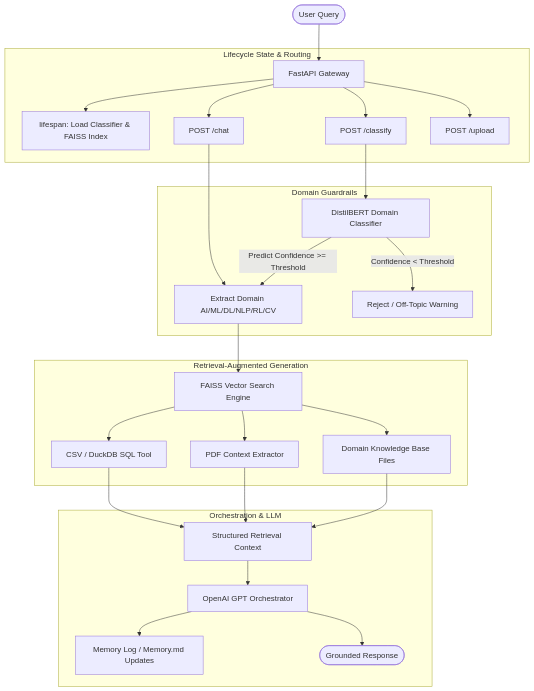
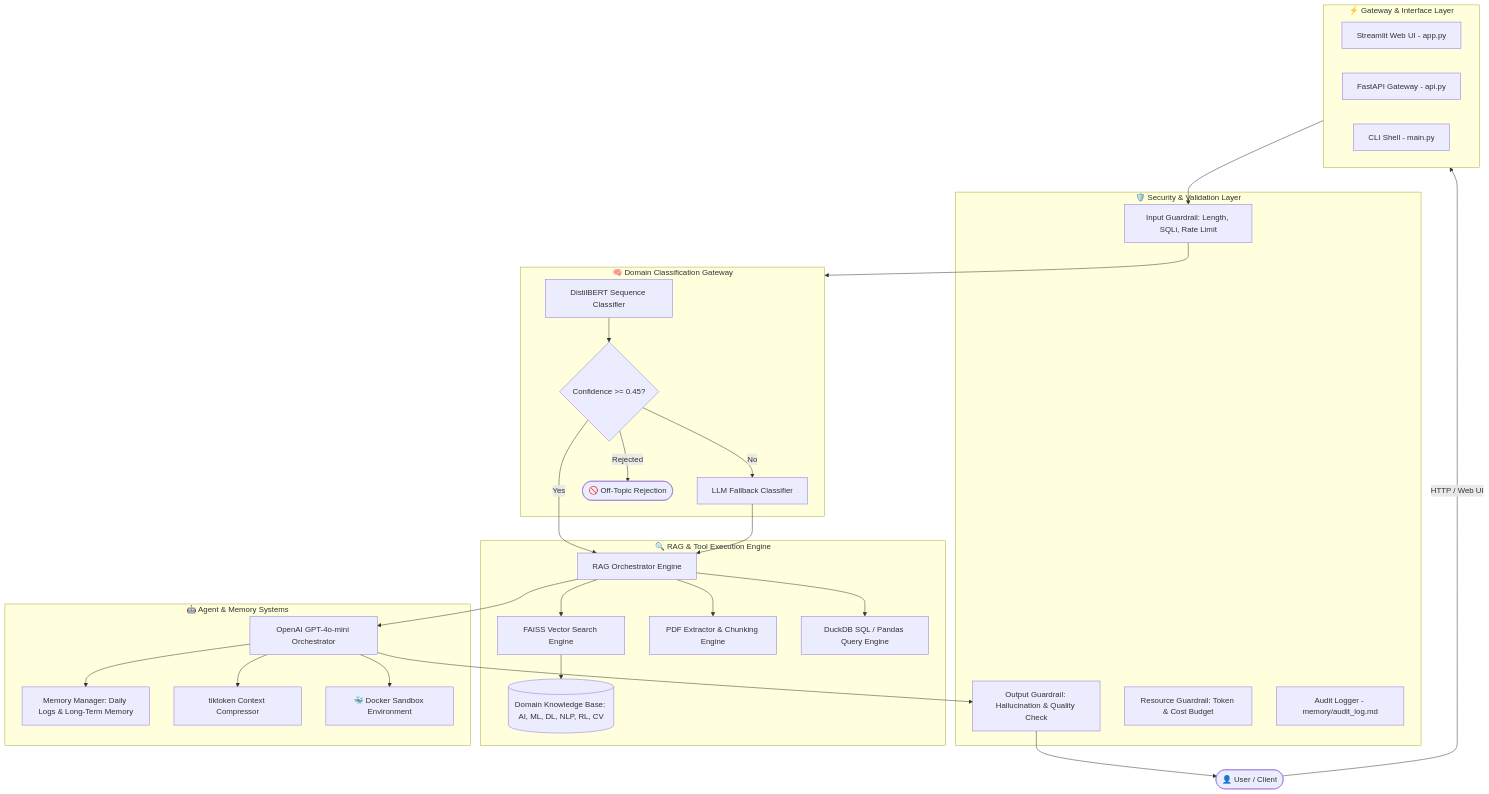
Before and after one commit to simranmaurya123/MY_AGENT_APP: the diagram in README.md, drawn with Mermaid. The commit also changed other lines of this file, not shown here.

````diff
--- a/README.md
+++ b/README.md
@@ -9,32 +32,53 @@
 ```mermaid
 flowchart TD
-    User([User Query]) --> API[FastAPI Gateway]
-    
-    subgraph Gateway [Lifecycle State & Routing]
-        API --> Lifespan[lifespan: Load Classifier & FAISS Index]
-        API --> ClassifyRoute[POST /classify]
-        API --> ChatRoute[POST /chat]
-        API --> UploadRoute[POST /upload]
+    User([👤 User / Client]) --> |HTTP / Web UI| Gateway
+
+    subgraph Gateway ["⚡ Gateway & Interface Layer"]
+        UI[Streamlit Web UI - app.py]
+        API[FastAPI Gateway - api.py]
+        CLI[CLI Shell - main.py]
     end
-    
-    subgraph Classification [Domain Guardrails]
-        ClassifyRoute --> Classifier[DistilBERT Domain Classifier]
-        Classifier --> |Predict Confidence >= Threshold| Route[Extract Domain AI/ML/DL/NLP/RL/CV]
-        Classifier --> |Confidence < Threshold| Reject[Reject / Off-Topic Warning]
+
+    subgraph Guardrails ["🛡️ Security & Validation Layer"]
+        InputVal[Input Guardrail: Length, SQLi, Rate Limit]
+        OutputVal[Output Guardrail: Hallucination & Quality Check]
+        ResVal[Resource Guardrail: Token & Cost Budget]
+        Audit[Audit Logger - memory/audit_log.md]
     end
-    
-    subgraph Retrieval [Retrieval-Augmented Generation]
-        ChatRoute --> Route
-        Route --> Retriever[FAISS Vector Search Engine]
-        Retriever --> PDFTool[PDF Context Extractor]
-        Retriever --> CSVTool[CSV / DuckDB SQL Tool]
-        Retriever --> KB[Domain Knowledge Base Files]
+
+    subgraph Router ["🧠 Domain Classification Gateway"]
+        DistilBERT[DistilBERT Sequence Classifier]
+        LLMFallback[LLM Fallback Classifier]
+        ConfidenceCheck{Confidence >= 0.45?}
+        DistilBERT --> ConfidenceCheck
+        ConfidenceCheck -->|No| LLMFallback
+        ConfidenceCheck -->|Rejected| Reject([🚫 Off-Topic Rejection])
     end
-    
-    subgraph Response [Orchestration & LLM]
-        KB & PDFTool & CSVTool --> Context[Structured Retrieval Context]
-        Context --> LLM[OpenAI GPT Orchestrator]
-        LLM --> Memory[Memory Log / Memory.md Updates]
-        LLM --> FinalAnswer([Grounded Response])
+
+    subgraph Retrieval ["🔍 RAG & Tool Execution Engine"]
+        Orchestrator[RAG Orchestrator Engine]
+        FAISS[FAISS Vector Search Engine]
+        PDFTool[PDF Extractor & Chunking Engine]
+        CSVTool[DuckDB SQL / Pandas Query Engine]
+        KB[(Domain Knowledge Base: AI, ML, DL, NLP, RL, CV)]
     end
+
+    subgraph Synthesis ["🤖 Agent & Memory Systems"]
+        OpenAI[OpenAI GPT-4o-mini Orchestrator]
+        MemSys[Memory Manager: Daily Logs & Long-Term Memory]
+        Compressor[tiktoken Context Compressor]
+        Sandbox[🐳 Docker Sandbox Environment]
+    end
+
+    Gateway --> InputVal
+    InputVal --> Router
+    ConfidenceCheck -->|Yes| Orchestrator
+    LLMFallback --> Orchestrator
+
+    Orchestrator --> FAISS & PDFTool & CSVTool
+    FAISS --> KB
+    Orchestrator --> OpenAI
+    OpenAI --> MemSys & Compressor & Sandbox
+    OpenAI --> OutputVal
+    OutputVal --> User
 ```
````
